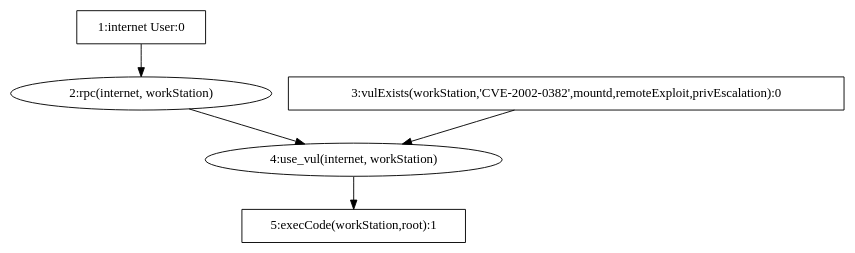
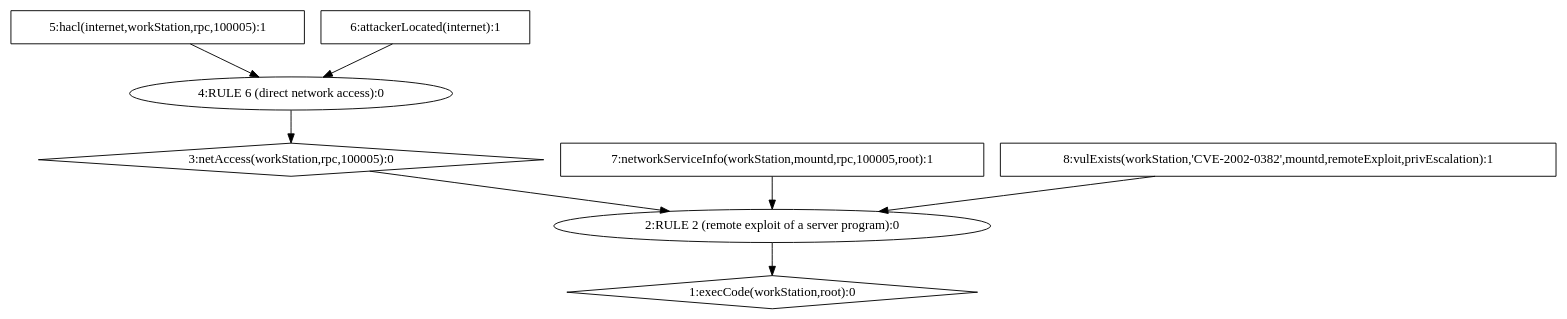
One commit to kafkafield/CyberMetric changed the diagram in mulval/testcases/gcompare/AttackGraph.dot. Above: the diagram before and after it, drawn with Graphviz. The commit also changed 34 other files, not shown here.

```diff
--- a/mulval/testcases/gcompare/AttackGraph.dot
+++ b/mulval/testcases/gcompare/AttackGraph.dot
@@ -1,11 +1,17 @@
 digraph G {
-t1 [label="1:internet User:0",shape=box];
-t2 [label="2:rpc(internet, workStation)",shape=ellipse];
-t3 [label="3:vulExists(workStation,'CVE-2002-0382',mountd,remoteExploit,privEscalation):0",shape=box];
-t4 [label="4:use_vul(internet, workStation)",shape=ellipse];
-t5 [label="5:execCode(workStation,root):1",shape=box];
-t1 -> t2;
-t2 -> t4;
-t3 -> t4;
-t4 -> t5;
+t1 [label="1:execCode(workStation,root):0",shape=diamond];
+t2 [label="2:RULE 2 (remote exploit of a server program):0",shape=ellipse];
+t3 [label="3:netAccess(workStation,rpc,100005):0",shape=diamond];
+t4 [label="4:RULE 6 (direct network access):0",shape=ellipse];
+t5 [label="5:hacl(internet,workStation,rpc,100005):1",shape=box];
+t6 [label="6:attackerLocated(internet):1",shape=box];
+t7 [label="7:networkServiceInfo(workStation,mountd,rpc,100005,root):1",shape=box];
+t8 [label="8:vulExists(workStation,'CVE-2002-0382',mountd,remoteExploit,privEscalation):1",shape=box];
+t5 -> t4;
+t6 -> t4;
+t4 -> t3;
+t3 -> t2;
+t7 -> t2;
+t8 -> t2;
+t2 -> t1;
 }
```
